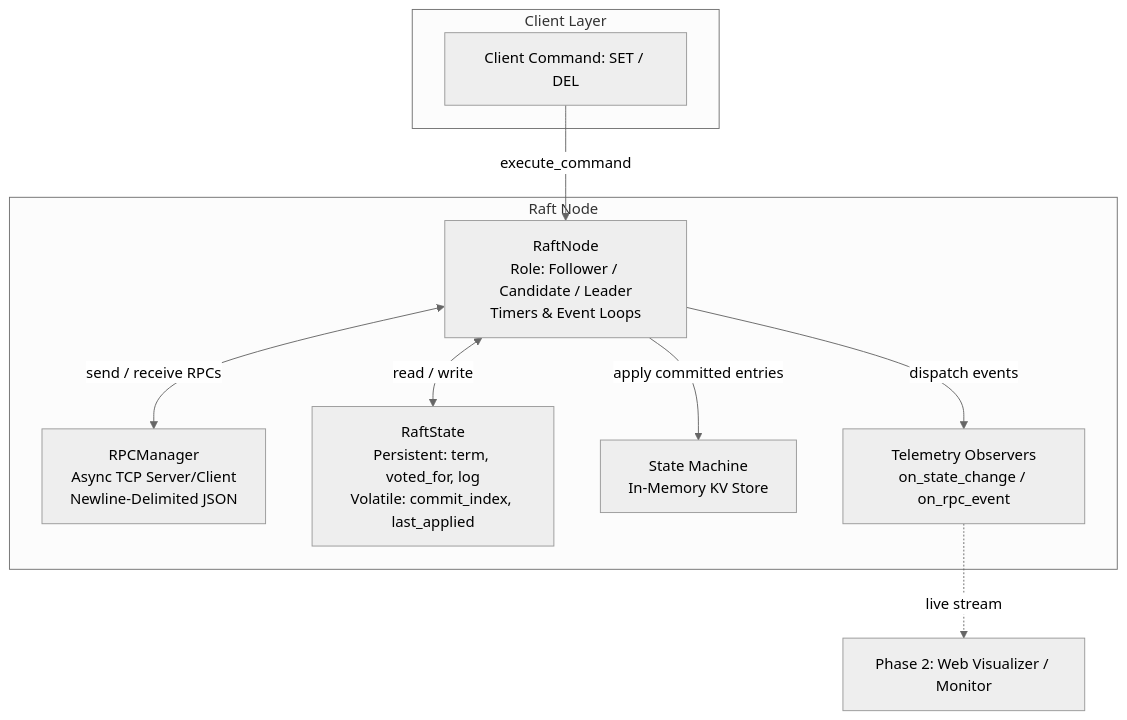
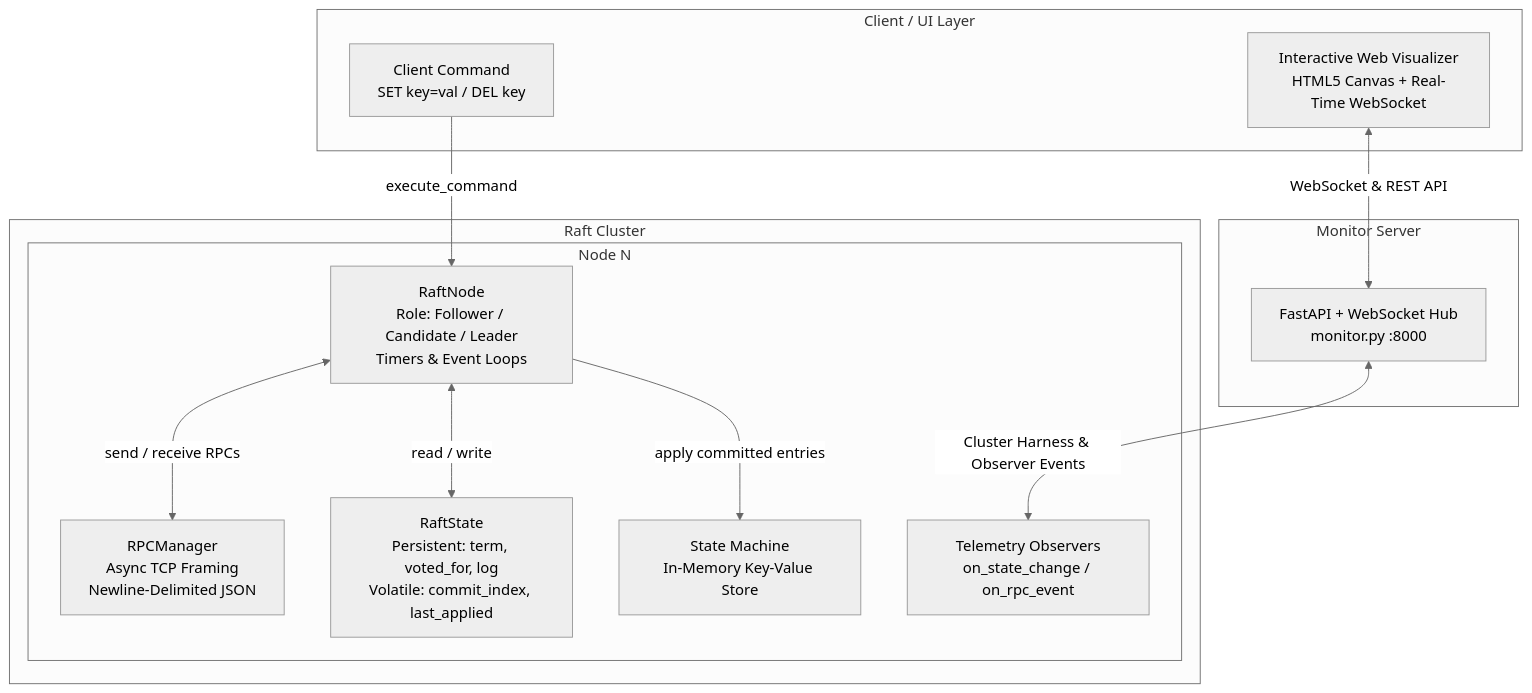
The first of 2 diagrams in README.md (DebojitNath/raft-distributed-engine), drawn with Mermaid (neutral theme) before and after one commit. The commit also changed other lines of this file, not shown here.

Commit message:
docs: update README with visualizer quickstart, chaos features, and architecture

````diff
--- a/README.md
+++ b/README.md
@@ -14,21 +27,28 @@
 ```mermaid
 flowchart TB
-    subgraph Client Layer
-        CLI[Client Command: SET / DEL]
+    subgraph Client / UI Layer
+        WebUI[Interactive Web Visualizer\nHTML5 Canvas + Real-Time WebSocket]
+        CLI[Client Command\nSET key=val / DEL key]
     end
 
-    subgraph Raft Node
-        RPC[RPCManager\nAsync TCP Server/Client\nNewline-Delimited JSON]
-        State[RaftState\nPersistent: term, voted_for, log\nVolatile: commit_index, last_applied]
-        SM[State Machine\nIn-Memory KV Store]
-        Node[RaftNode\nRole: Follower / Candidate / Leader\nTimers & Event Loops]
-        Telemetry[Telemetry Observers\non_state_change / on_rpc_event]
+    subgraph Monitor Server
+        FastAPI[FastAPI + WebSocket Hub\nmonitor.py :8000]
     end
 
+    subgraph Raft Cluster
+        subgraph Node N
+            RPC[RPCManager\nAsync TCP Framing\nNewline-Delimited JSON]
+            State[RaftState\nPersistent: term, voted_for, log\nVolatile: commit_index, last_applied]
+            SM[State Machine\nIn-Memory Key-Value Store]
+            Node[RaftNode\nRole: Follower / Candidate / Leader\nTimers & Event Loops]
+            Telemetry[Telemetry Observers\non_state_change / on_rpc_event]
+        end
+    end
+
+    WebUI <-->|WebSocket & REST API| FastAPI
     CLI -->|execute_command| Node
+    FastAPI <-->|Cluster Harness & Observer Events| Telemetry
     Node -->|apply committed entries| SM
     Node <-->|read / write| State
     Node <-->|send / receive RPCs| RPC
-    Node -->|dispatch events| Telemetry
-    Telemetry -.->|live stream| WebVisualizer[Phase 2: Web Visualizer / Monitor]
 ```
````
